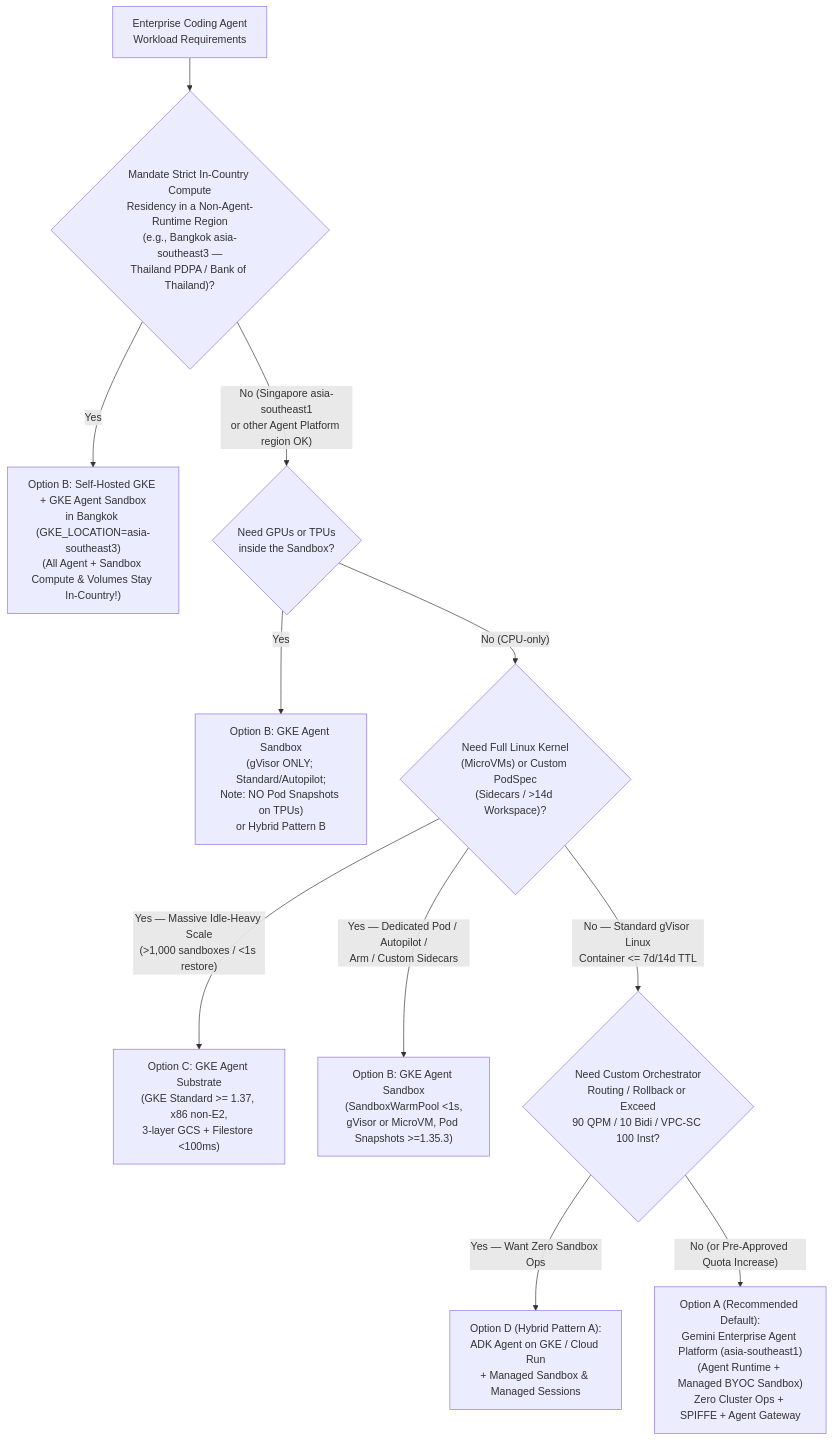
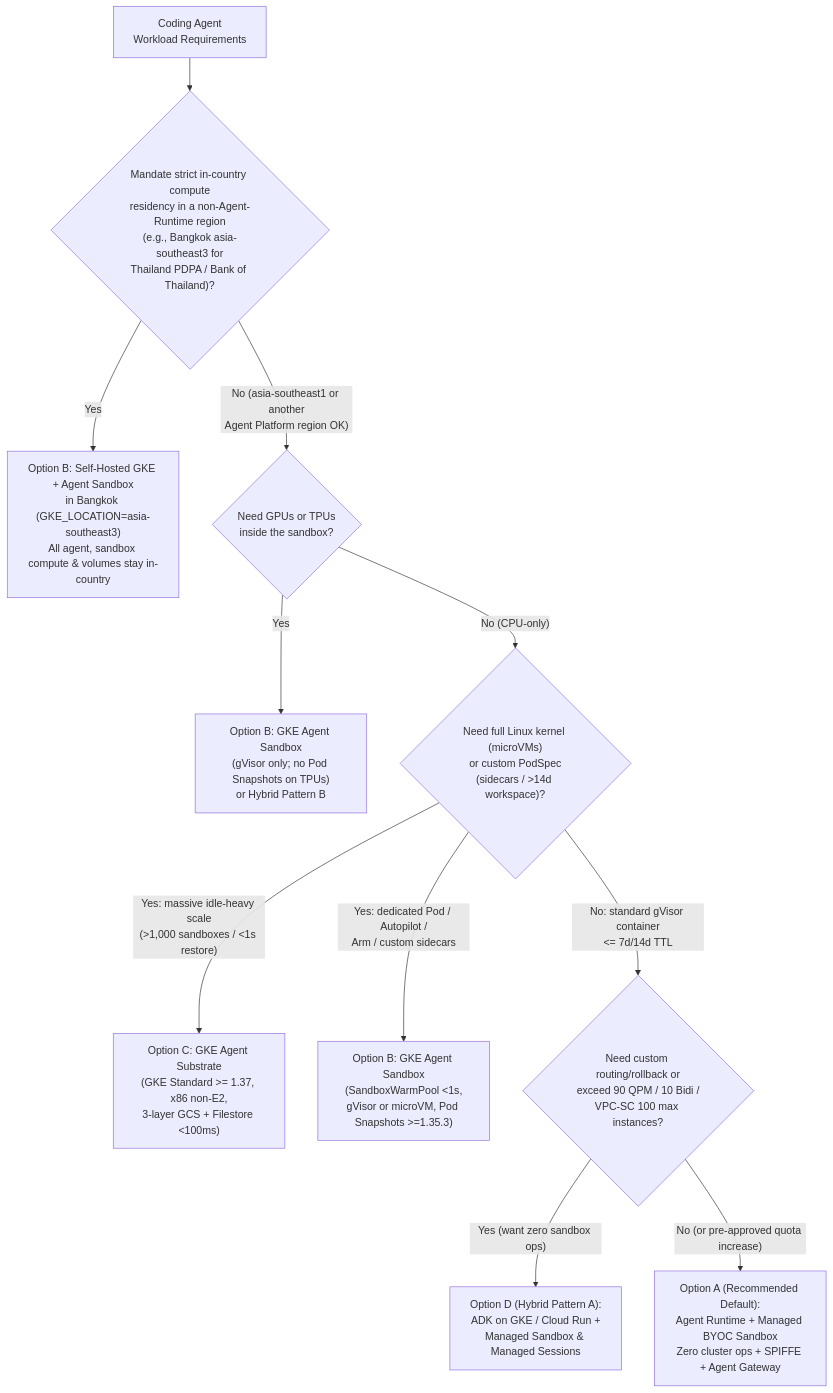
One commit to jiratouchmhp/coding-agent-workshop changed the diagram in workshop/08-ARCHITECTURE-AGENT-RUNTIME-VS-GKE.md. Above: the diagram before and after it, drawn with Mermaid. The commit also changed other lines of this file and 10 other files, not shown here.

````diff
--- a/workshop/08-ARCHITECTURE-AGENT-RUNTIME-VS-GKE.md
+++ b/workshop/08-ARCHITECTURE-AGENT-RUNTIME-VS-GKE.md
@@ -65,15 +313,13 @@
 ```mermaid
 flowchart TD
-    Start["Enterprise Coding Agent<br/>Workload Requirements"] --> Q0{"Mandate Strict In-Country Compute<br/>Residency in a Non-Agent-Runtime Region<br/>(e.g., Bangkok asia-southeast3 —<br/>Thailand PDPA / Bank of Thailand)?"}
-    Q0 -->|"Yes"| GKE_RES["Option B: Self-Hosted GKE + GKE Agent Sandbox<br/>in Bangkok (GKE_LOCATION=asia-southeast3)<br/>(All Agent + Sandbox Compute & Volumes Stay In-Country!)"]
-    Q0 -->|"No (Singapore asia-southeast1<br/>or other Agent Platform region OK)"| Q1{"Need GPUs or TPUs<br/>inside the Sandbox?"}
-    Q1 -->|"Yes"| GKE_GPU["Option B: GKE Agent Sandbox<br/>(gVisor ONLY; Standard/Autopilot;<br/>Note: NO Pod Snapshots on TPUs)<br/>or Hybrid Pattern B"]
-    Q1 -->|"No (CPU-only)"| Q2{"Need Full Linux Kernel<br/>(MicroVMs) or Custom PodSpec<br/>(Sidecars / >14d Workspace)?"}
-
-    Q2 -->|"Yes — Massive Idle-Heavy Scale<br/>(>1,000 sandboxes / <1s restore)"| Sub["Option C: GKE Agent Substrate<br/>(GKE Standard >= 1.37, x86 non-E2,<br/>3-layer GCS + Filestore <100ms)"]
-    Q2 -->|"Yes — Dedicated Pod / Autopilot /<br/>Arm / Custom Sidecars"| GKE_SB["Option B: GKE Agent Sandbox<br/>(SandboxWarmPool <1s,<br/>gVisor or MicroVM, Pod Snapshots >=1.35.3)"]
-
-    Q2 -->|"No — Standard gVisor Linux<br/>Container <= 7d/14d TTL"| Q3{"Need Custom Orchestrator<br/>Routing / Rollback or Exceed<br/>90 QPM / 10 Bidi / VPC-SC 100 Inst?"}
-    Q3 -->|"Yes — Want Zero Sandbox Ops"| HybA["Option D (Hybrid Pattern A):<br/>ADK Agent on GKE / Cloud Run<br/>+ Managed Sandbox & Managed Sessions"]
-    Q3 -->|"No (or Pre-Approved Quota Increase)"| Managed["Option A (Recommended Default):<br/>Gemini Enterprise Agent Platform (asia-southeast1)<br/>(Agent Runtime + Managed BYOC Sandbox)<br/>Zero Cluster Ops + SPIFFE + Agent Gateway"]
+    Start["Coding Agent<br/>Workload Requirements"] --> Q0{"Mandate strict in-country compute<br/>residency in a non-Agent-Runtime region<br/>(e.g., Bangkok asia-southeast3 for<br/>Thailand PDPA / Bank of Thailand)?"}
+    Q0 -->|"Yes"| GKE_RES["Option B: Self-Hosted GKE + Agent Sandbox<br/>in Bangkok (GKE_LOCATION=asia-southeast3)<br/>All agent, sandbox compute & volumes stay in-country"]
+    Q0 -->|"No (asia-southeast1 or another<br/>Agent Platform region OK)"| Q1{"Need GPUs or TPUs<br/>inside the sandbox?"}
+    Q1 -->|"Yes"| GKE_GPU["Option B: GKE Agent Sandbox<br/>(gVisor only; no Pod Snapshots on TPUs)<br/>or Hybrid Pattern B"]
+    Q1 -->|"No (CPU-only)"| Q2{"Need full Linux kernel (microVMs)<br/>or custom PodSpec<br/>(sidecars / >14d workspace)?"}
+    Q2 -->|"Yes: massive idle-heavy scale<br/>(>1,000 sandboxes / <1s restore)"| Sub["Option C: GKE Agent Substrate<br/>(GKE Standard >= 1.37, x86 non-E2,<br/>3-layer GCS + Filestore <100ms)"]
+    Q2 -->|"Yes: dedicated Pod / Autopilot /<br/>Arm / custom sidecars"| GKE_SB["Option B: GKE Agent Sandbox<br/>(SandboxWarmPool <1s,<br/>gVisor or microVM, Pod Snapshots >=1.35.3)"]
+    Q2 -->|"No: standard gVisor container<br/><= 7d/14d TTL"| Q3{"Need custom routing/rollback or<br/>exceed 90 QPM / 10 Bidi /<br/>VPC-SC 100 max instances?"}
+    Q3 -->|"Yes (want zero sandbox ops)"| HybA["Option D (Hybrid Pattern A):<br/>ADK on GKE / Cloud Run +<br/>Managed Sandbox & Managed Sessions"]
+    Q3 -->|"No (or pre-approved quota increase)"| Managed["Option A (Recommended Default):<br/>Agent Runtime + Managed BYOC Sandbox<br/>Zero cluster ops + SPIFFE + Agent Gateway"]
 ```
````
